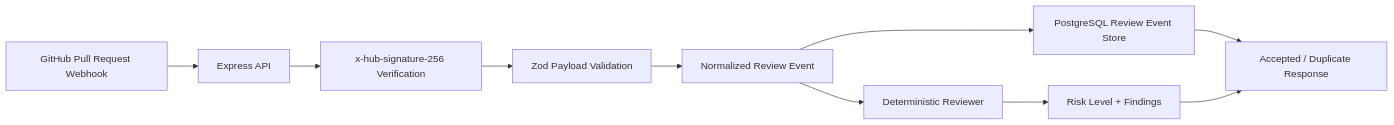
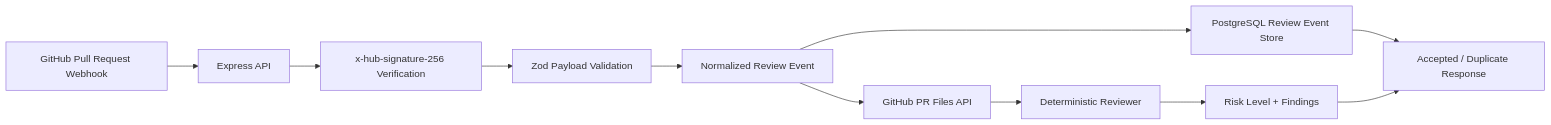
One commit to Zayedkz/ai-code-review-agent changed the diagram in README.md. Above: the diagram before and after it, drawn with Mermaid. The commit also changed other lines of this file and 8 other files, not shown here.

````diff
--- a/README.md
+++ b/README.md
@@ -22,12 +23,13 @@
 ```mermaid
 flowchart LR
     GitHub[GitHub Pull Request Webhook] --> API[Express API]
     API --> Signature[x-hub-signature-256 Verification]
     Signature --> Validate[Zod Payload Validation]
     Validate --> Normalize[Normalized Review Event]
+    Normalize --> GitHubFiles[GitHub PR Files API]
+    GitHubFiles --> Reviewer[Deterministic Reviewer]
     Normalize --> Store[PostgreSQL Review Event Store]
-    Normalize --> Reviewer[Deterministic Reviewer]
     Reviewer --> Findings[Risk Level + Findings]
     Store --> Response[Accepted / Duplicate Response]
     Findings --> Response
 ```
````
